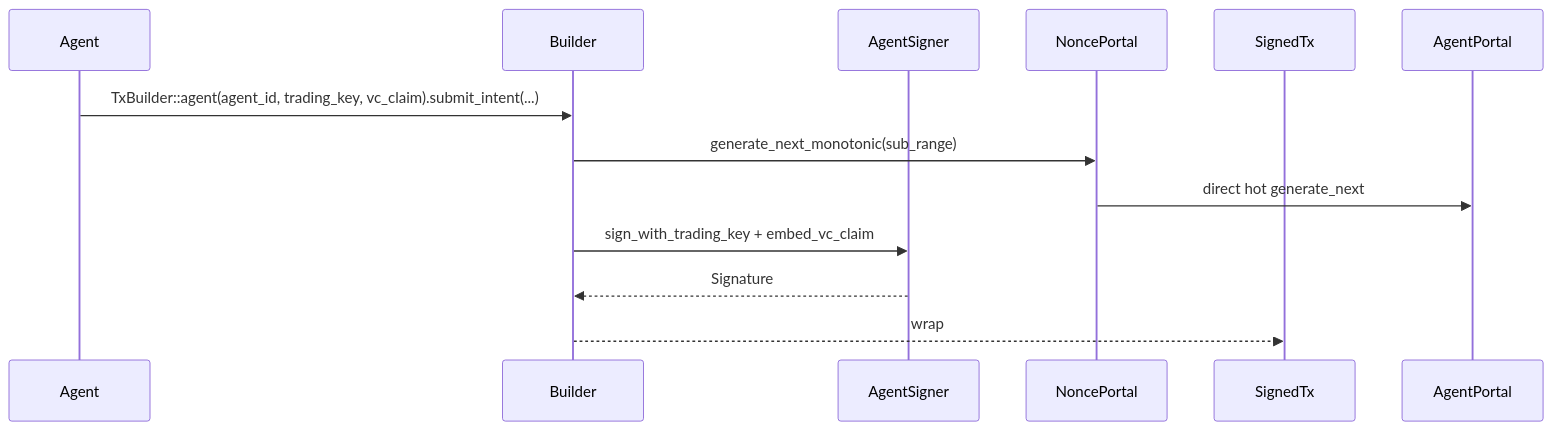
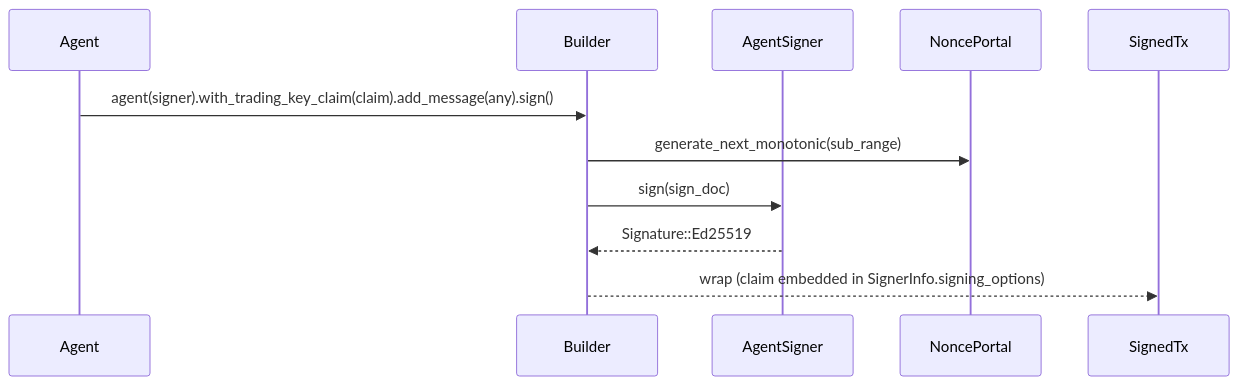
Before and after one commit to morpheum-labs/morpheum-signing: the third of 4 diagrams in signing.md, drawn with Mermaid. The commit also changed other lines of this file and 55 other files, not shown here.

````diff
--- a/signing.md
+++ b/signing.md
@@ -196,14 +271,13 @@
 ```mermaid
 sequenceDiagram
     participant Agent
     participant Builder
     participant AgentSigner
     participant NoncePortal
     participant SignedTx
-    Agent->>Builder: TxBuilder::agent(agent_id, trading_key, vc_claim).submit_intent(...)
+    Agent->>Builder: agent(signer).with_trading_key_claim(claim).add_message(any).sign()
     Builder->>NoncePortal: generate_next_monotonic(sub_range)
-    NoncePortal->>AgentPortal: direct hot generate_next
-    Builder->>AgentSigner: sign_with_trading_key + embed_vc_claim
-    AgentSigner-->>Builder: Signature
-    Builder-->>SignedTx: wrap
+    Builder->>AgentSigner: sign(sign_doc)
+    AgentSigner-->>Builder: Signature::Ed25519
+    Builder-->>SignedTx: wrap (claim embedded in SignerInfo.signing_options)
 ```
````
